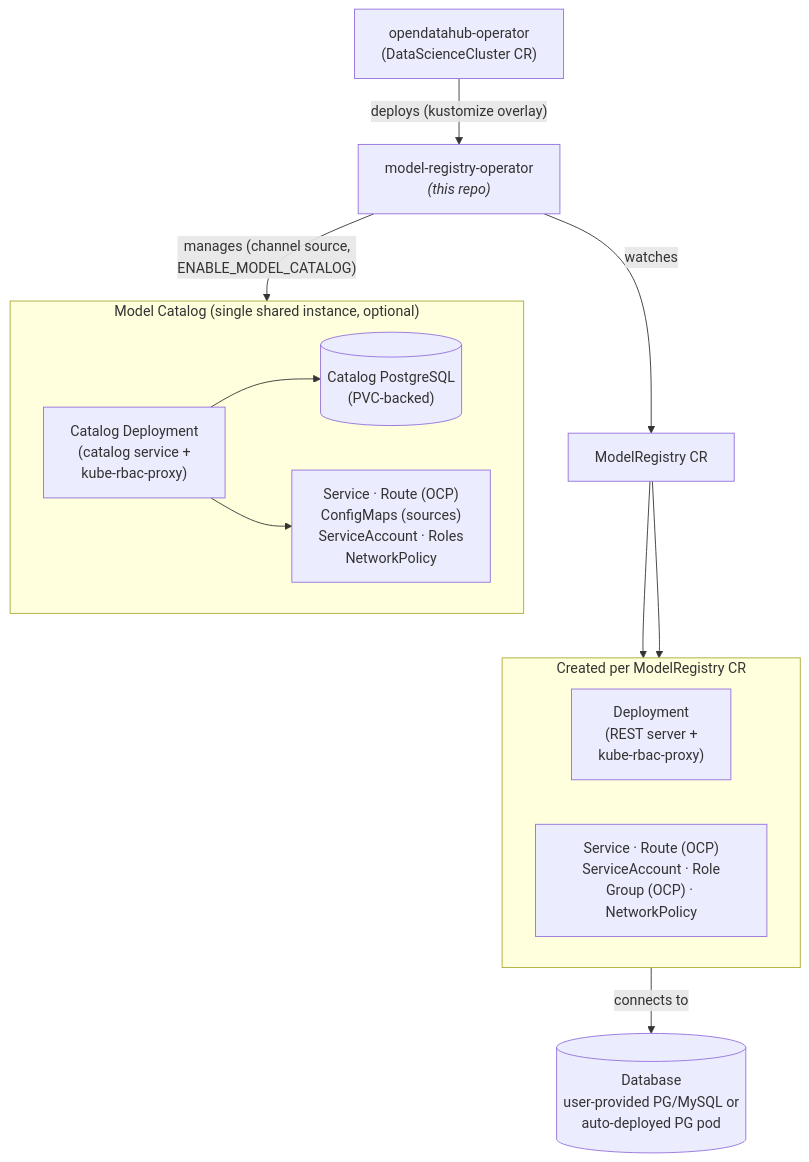
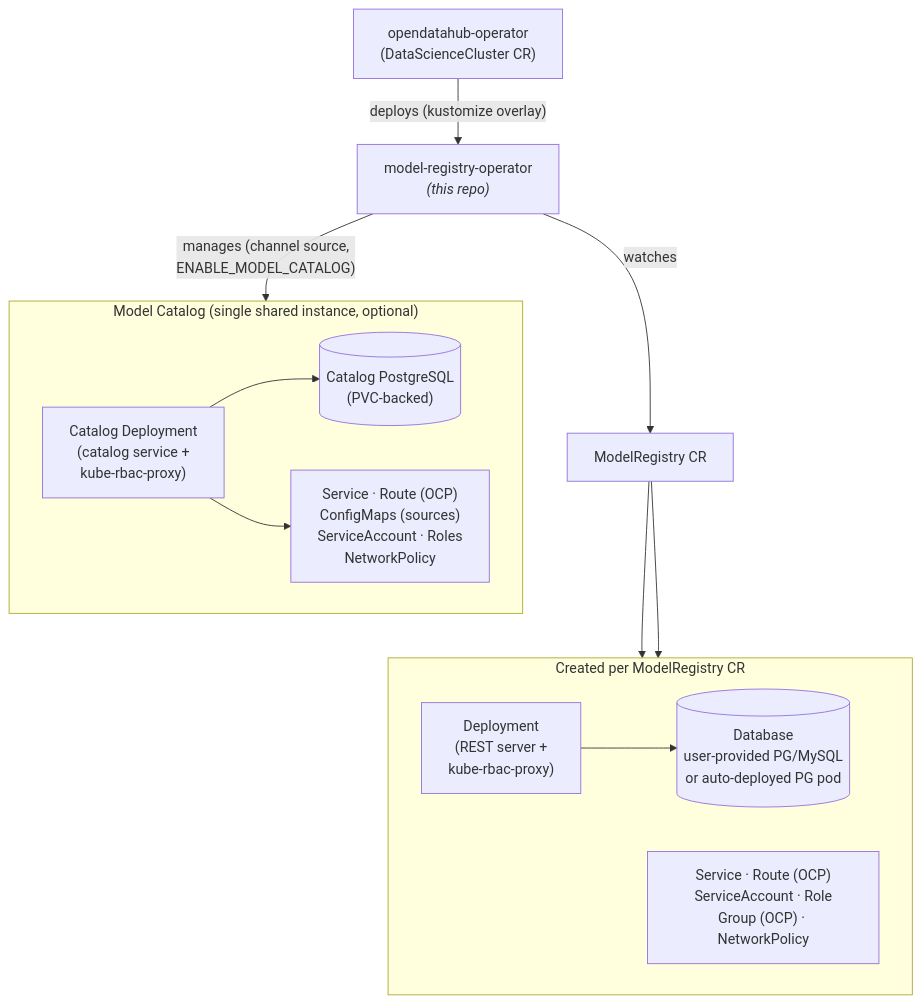
One commit to opendatahub-io/model-registry-operator changed the diagram in docs/architecture.md. Above: the diagram before and after it, drawn with Mermaid.

Commit message:
docs: move registry DB inside subgraph for consistency with catalog
Both subgraphs now show their database as an internal node.

````diff
--- a/docs/architecture.md
+++ b/docs/architecture.md
@@ -11,29 +11,30 @@
 ```mermaid
 graph TD
     ODH["opendatahub-operator<br/>(DataScienceCluster CR)"]
     MRO["model-registry-operator<br/><i>(this repo)</i>"]
 
     ODH -->|"deploys (kustomize overlay)"| MRO
     MRO -->|watches| CR["ModelRegistry CR"]
     MRO -->|"manages (channel source,<br/>ENABLE_MODEL_CATALOG)"| CAT_DEP
 
     subgraph "Created per ModelRegistry CR"
         direction LR
+        DB[("Database<br/>user-provided PG/MySQL<br/>or auto-deployed PG pod")]
         DEP["Deployment<br/>(REST server +<br/>kube-rbac-proxy)"]
         SUPPORT["Service · Route (OCP)<br/>ServiceAccount · Role<br/>Group (OCP) · NetworkPolicy"]
     end
 
     CR --> DEP
     CR --> SUPPORT
-    DEP -->|connects to| DB[("Database<br/>user-provided PG/MySQL or<br/>auto-deployed PG pod")]
+    DEP --> DB
 
     subgraph "Model Catalog (single shared instance, optional)"
         direction LR
         CAT_PG[("Catalog PostgreSQL<br/>(PVC-backed)")]
         CAT_DEP["Catalog Deployment<br/>(catalog service +<br/>kube-rbac-proxy)"]
         CAT_SUPPORT["Service · Route (OCP)<br/>ConfigMaps (sources)<br/>ServiceAccount · Roles<br/>NetworkPolicy"]
     end
 
     CAT_DEP --> CAT_PG
     CAT_DEP --> CAT_SUPPORT
 ```
````
